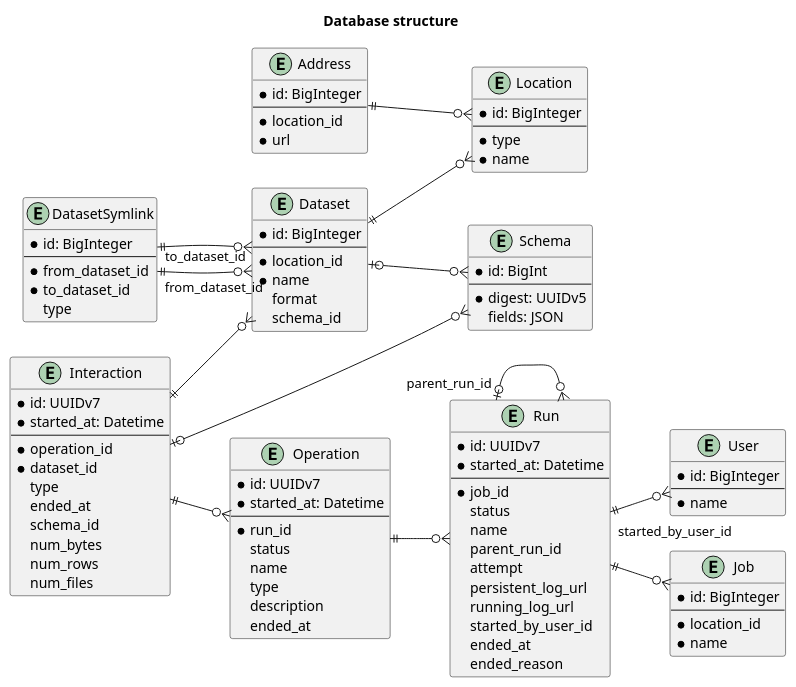
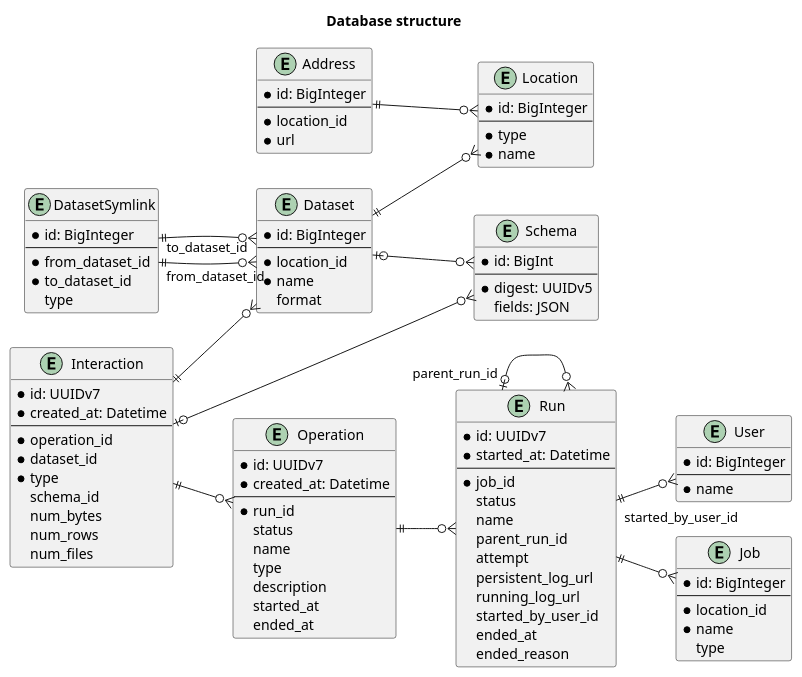
One commit to MobileTeleSystems/data-rentgen changed the diagram in data_rentgen/db/models/README.rst. Above: the diagram before and after it, drawn with PlantUML. The commit also changed 11 other files, not shown here.

```diff
--- a/data_rentgen/db/models/README.rst
+++ b/data_rentgen/db/models/README.rst
@@ -36,7 +36,6 @@
         * location_id
         * name
         format
-        schema_id
     }
 
     entity DatasetSymlink {
@@ -52,6 +51,7 @@
         ----
         * location_id
         * name
+        type
     }
 
     entity Run {
@@ -72,13 +72,14 @@
 
     entity Operation {
         * id: UUIDv7
-        * started_at: Datetime
+        * created_at: Datetime
         ----
         * run_id
         status
         name
         type
         description
+        started_at
         ended_at
     }
 
@@ -91,12 +92,11 @@
 
     entity Interaction {
         * id: UUIDv7
-        * started_at: Datetime
+        * created_at: Datetime
         ----
         * operation_id
         * dataset_id
-        type
-        ended_at
+        * type
         schema_id
         num_bytes
         num_rows
```
